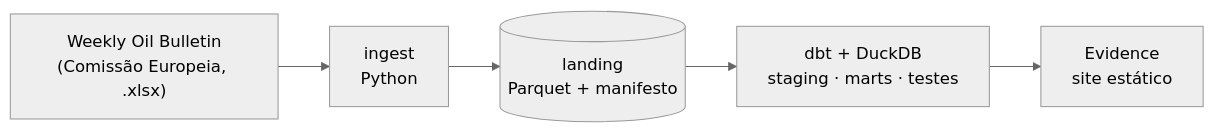
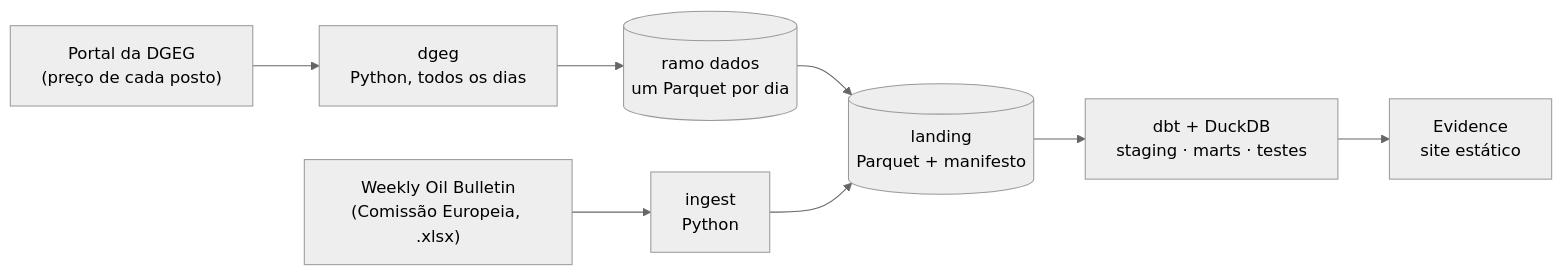
One commit to JoseFerrao20/combustiveis-pt changed the diagram in README.md. Above: the diagram before and after it, drawn with Mermaid (neutral theme). The commit also changed other lines of this file and 32 other files, not shown here.

First line of the commit message:
Add daily per-station prices from the DGEG portal and a stations page (#9)

````diff
--- a/README.md
+++ b/README.md
@@ -34,7 +35,10 @@
 ```mermaid
 flowchart LR
   WOB["Weekly Oil Bulletin<br/>(Comissão Europeia, .xlsx)"] --> I["ingest<br/>Python"]
+  DGEG["Portal da DGEG<br/>(preço de cada posto)"] --> S["dgeg<br/>Python, todos os dias"]
+  S --> H[("ramo dados<br/>um Parquet por dia")]
+  H --> L
   I --> L[("landing<br/>Parquet + manifesto")]
   L --> D["dbt + DuckDB<br/>staging · marts · testes"]
   D --> E["Evidence<br/>site estático"]
 ```
````
